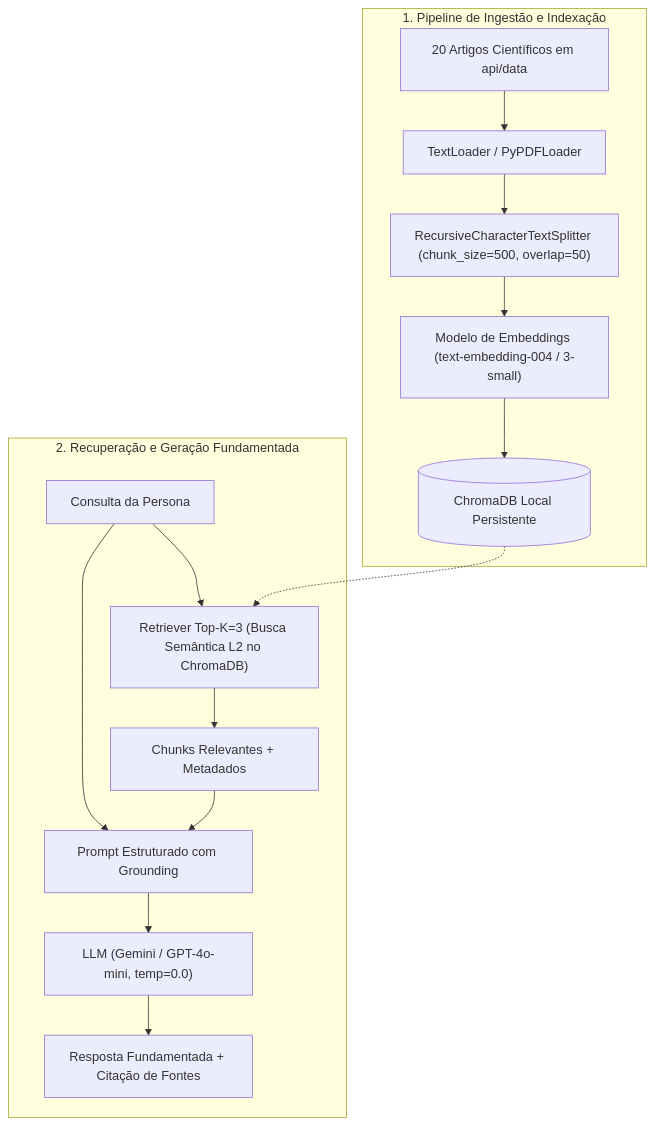
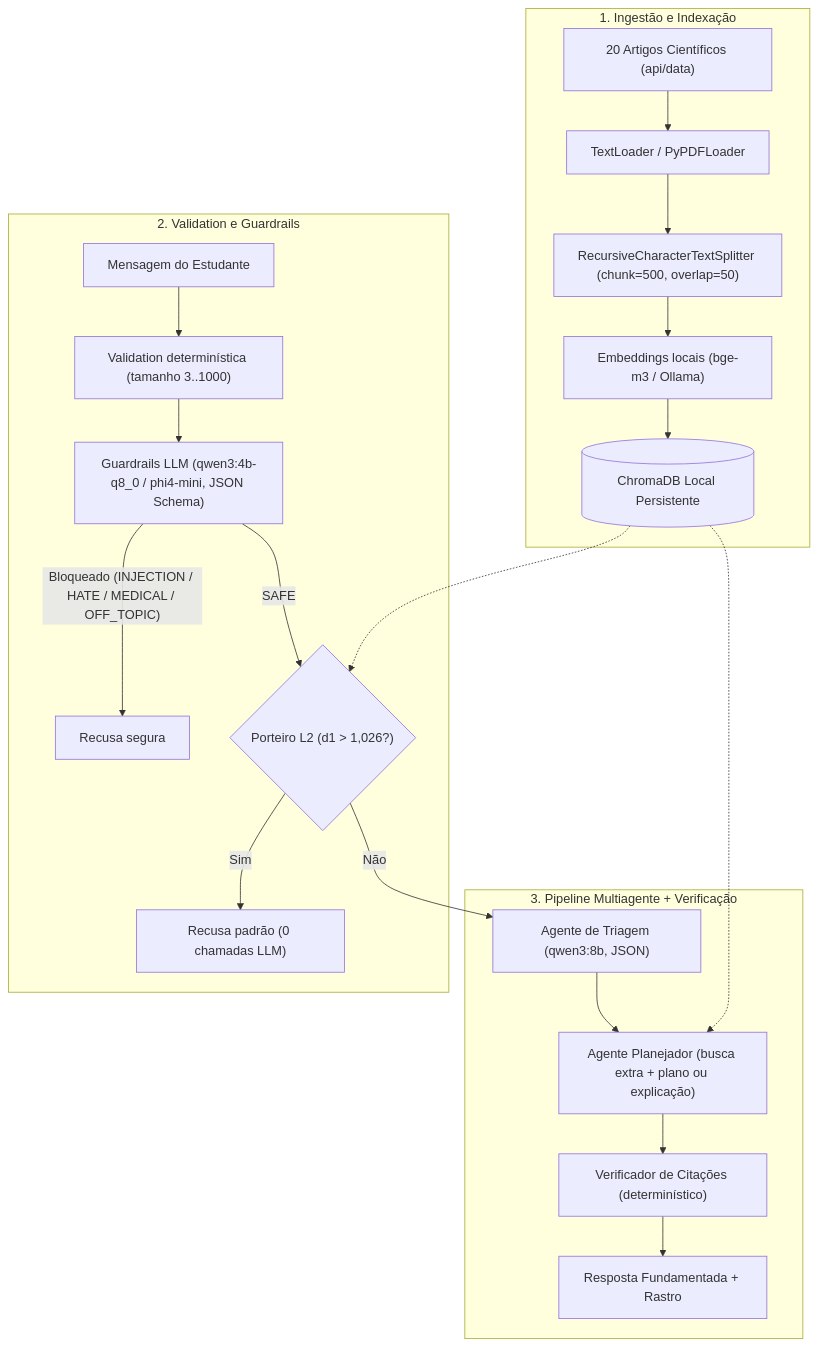
The diagram in README.md (Residencia-em-IA-Challenge-2-Grupo-12/studybuddy), drawn with Mermaid before and after one commit. The commit also changed other lines of this file, not shown here.

Commit message:
Atualização do README com arquitetura multiagente e experimento de modelos para utilização de guardrails

````diff
--- a/README.md
+++ b/README.md
@@ -23,19 +24,26 @@
 ```mermaid
 flowchart TD
-    subgraph Ingestao ["1. Pipeline de Ingestão e Indexação"]
-        A["20 Artigos Científicos em api/data"] --> B["TextLoader / PyPDFLoader"]
-        B --> C["RecursiveCharacterTextSplitter (chunk_size=500, overlap=50)"]
-        C --> D["Modelo de Embeddings (text-embedding-004 / 3-small)"]
+    subgraph Ingestao ["1. Ingestão e Indexação"]
+        A["20 Artigos Científicos (api/data)"] --> B["TextLoader / PyPDFLoader"]
+        B --> C["RecursiveCharacterTextSplitter (chunk=500, overlap=50)"]
+        C --> D["Embeddings locais (bge-m3 / Ollama)"]
         D --> E[("ChromaDB Local Persistente")]
     end
 
-    subgraph Recuperacao ["2. Recuperação e Geração Fundamentada"]
-        F["Consulta da Persona"] --> G["Retriever Top-K=3 (Busca Semântica L2 no ChromaDB)"]
-        E -.-> G
-        G --> H["Chunks Relevantes + Metadados"]
-        H --> I["Prompt Estruturado com Grounding"]
-        F --> I
-        I --> J["LLM (Gemini / GPT-4o-mini, temp=0.0)"]
-        J --> K["Resposta Fundamentada + Citação de Fontes"]
+    subgraph Seguranca ["2. Validation e Guardrails"]
+        F["Mensagem do Estudante"] --> V["Validation determinística (tamanho 3..1000)"]
+        V --> G["Guardrails LLM (qwen3:4b-q8_0 / phi4-mini, JSON Schema)"]
+        G -- "Bloqueado (INJECTION / HATE / MEDICAL / OFF_TOPIC)" --> B1["Recusa segura"]
+        G -- "SAFE" --> P{"Porteiro L2 (d1 > 1,026?)"}
+        P -- "Sim" --> B2["Recusa padrão (0 chamadas LLM)"]
+    end
+
+    subgraph Orquestracao ["3. Pipeline Multiagente + Verificação"]
+        P -- "Não" --> T["Agente de Triagem (qwen3:8b, JSON)"]
+        T --> PL["Agente Planejador (busca extra + plano ou explicação)"]
+        E -.-> P
+        E -.-> PL
+        PL --> VC["Verificador de Citações (determinístico)"]
+        VC --> R["Resposta Fundamentada + Rastro"]
     end
 ```
````
